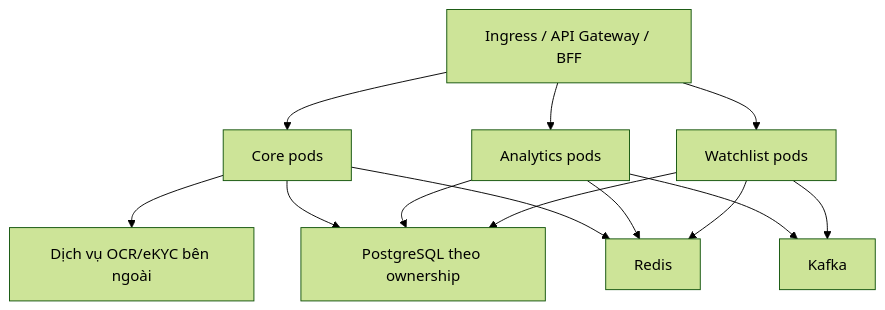
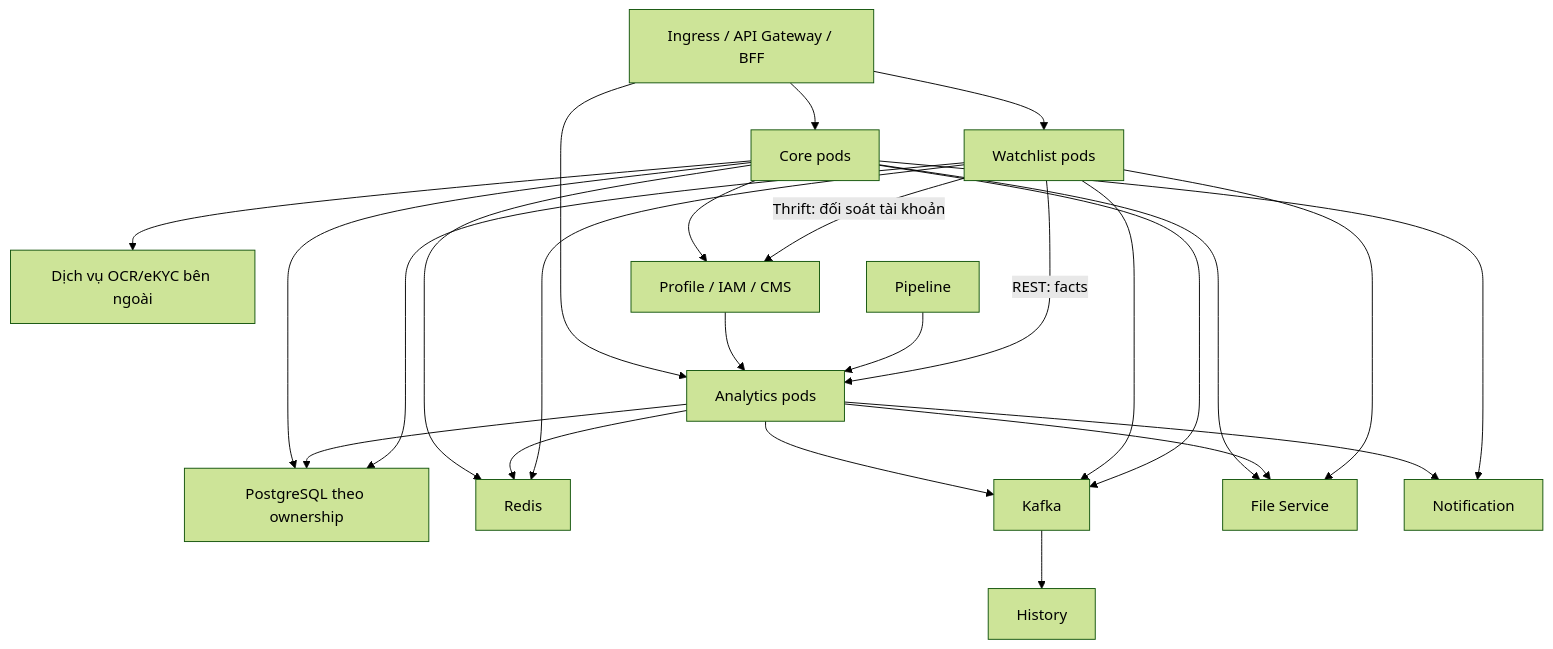
Before and after one commit to huynv-xyz/vhm-tdd: the diagram in cobroker/diagrams/cobroker-12.mmd, drawn with Mermaid (forest theme). The commit also changed 13 other files, not shown here.

Commit message:
docs: strengthen Cobroker design after architecture review

```diff
--- a/cobroker/diagrams/cobroker-12.mmd
+++ b/cobroker/diagrams/cobroker-12.mmd
@@ -1,13 +1,25 @@
 flowchart TB
     G["Ingress / API Gateway / BFF"] --> C["Core pods"]
     G --> A["Analytics pods"]
     G --> W["Watchlist pods"]
     C --> E["Dịch vụ OCR/eKYC bên ngoài"]
     C --> DB["PostgreSQL theo ownership"]
     A --> DB
     W --> DB
     C --> R["Redis"]
     A --> R
     W --> R
     A --> K["Kafka"]
     W --> K
+    C --> K
+    C --> P["Profile / IAM / CMS"]
+    W -->|"Thrift: đối soát tài khoản"| P
+    P --> A
+    PL["Pipeline"] --> A
+    W -->|"REST: facts"| A
+    C --> F["File Service"]
+    A --> F
+    W --> F
+    A --> N["Notification"]
+    C --> N
+    K --> H["History"]
```
